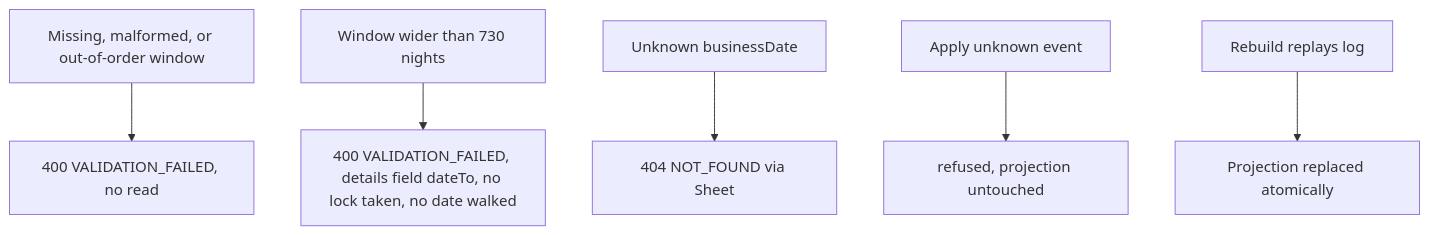
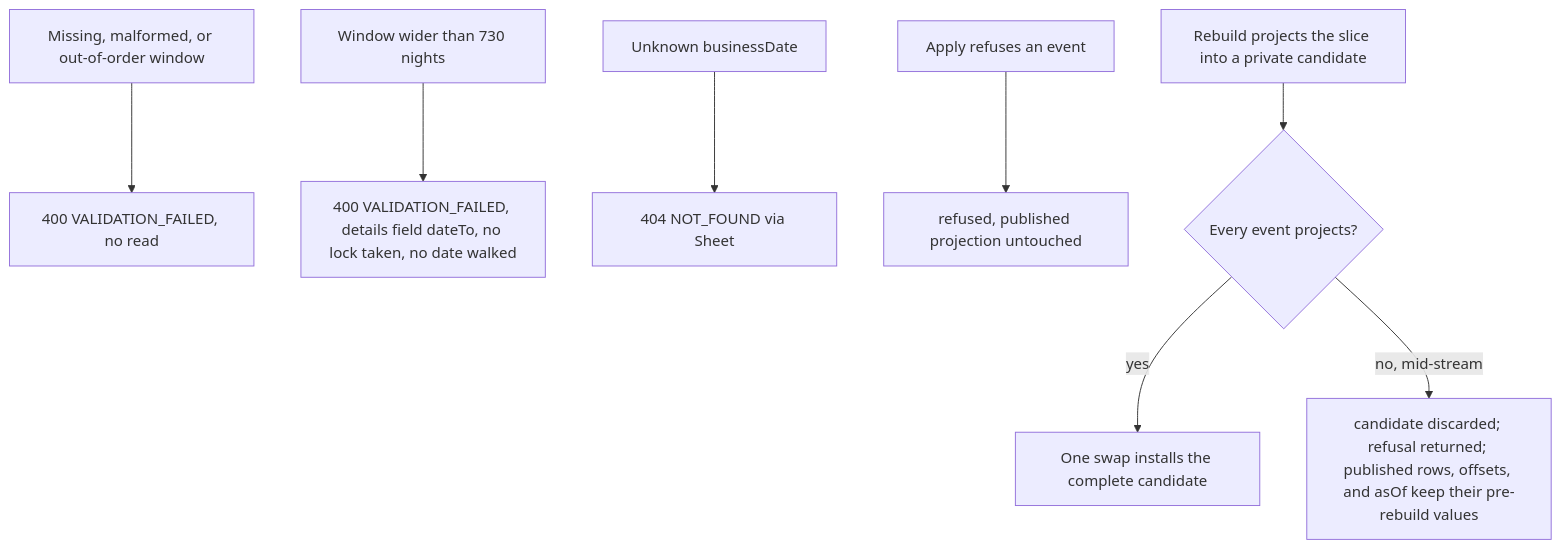
The second of 2 diagrams in docs/architecture/services/reporting.md (MingChen1501/hotel-mgmt), drawn with Mermaid before and after one commit. The commit also changed other lines of this file and 7 other files, not shown here.

````diff
--- a/docs/architecture/services/reporting.md
+++ b/docs/architecture/services/reporting.md
@@ -48,8 +48,10 @@
 ```mermaid
 flowchart TD
     W[Missing, malformed, or out-of-order window] --> R400[400 VALIDATION_FAILED, no read]
     C[Window wider than 730 nights] --> R400B[400 VALIDATION_FAILED, details field dateTo, no lock taken, no date walked]
     V[Unknown businessDate] --> R404[404 NOT_FOUND via Sheet]
-    J[Apply unknown event] --> R422[refused, projection untouched]
-    K[Rebuild replays log] --> L[Projection replaced atomically]
+    J[Apply refuses an event] --> R422[refused, published projection untouched]
+    K[Rebuild projects the slice into a private candidate] --> M{Every event projects?}
+    M -->|yes| L[One swap installs the complete candidate]
+    M -->|no, mid-stream| N[candidate discarded; refusal returned; published rows, offsets, and asOf keep their pre-rebuild values]
 ```
````
